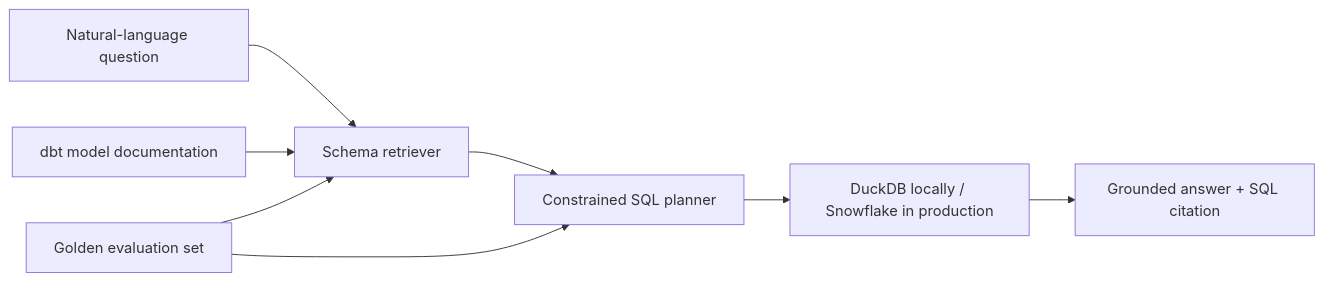
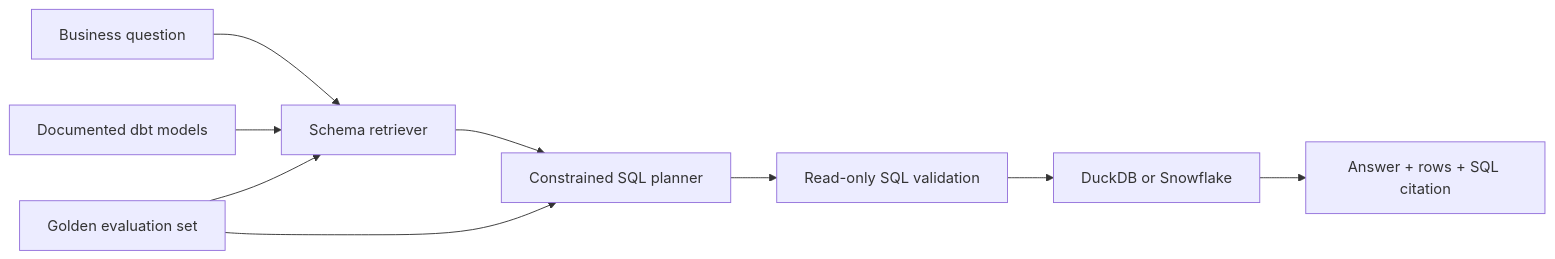
Before and after one commit to Mohitbhavsar707/Snowquery: the diagram in README.md, drawn with Mermaid. The commit also changed other lines of this file and 6 other files, not shown here.

````diff
--- a/README.md
+++ b/README.md
@@ -42,10 +37,11 @@
 ```mermaid
 flowchart LR
-  Q["Natural-language question"] --> R["Schema retriever"]
-  D["dbt model documentation"] --> R
-  R --> G["Constrained SQL planner"]
-  G --> W["DuckDB locally / Snowflake in production"]
-  W --> A["Grounded answer + SQL citation"]
+  Q["Business question"] --> R["Schema retriever"]
+  D["Documented dbt models"] --> R
+  R --> P["Constrained SQL planner"]
+  P --> V["Read-only SQL validation"]
+  V --> W["DuckDB or Snowflake"]
+  W --> A["Answer + rows + SQL citation"]
   E["Golden evaluation set"] --> R
-  E --> G
+  E --> P
 ```
````
